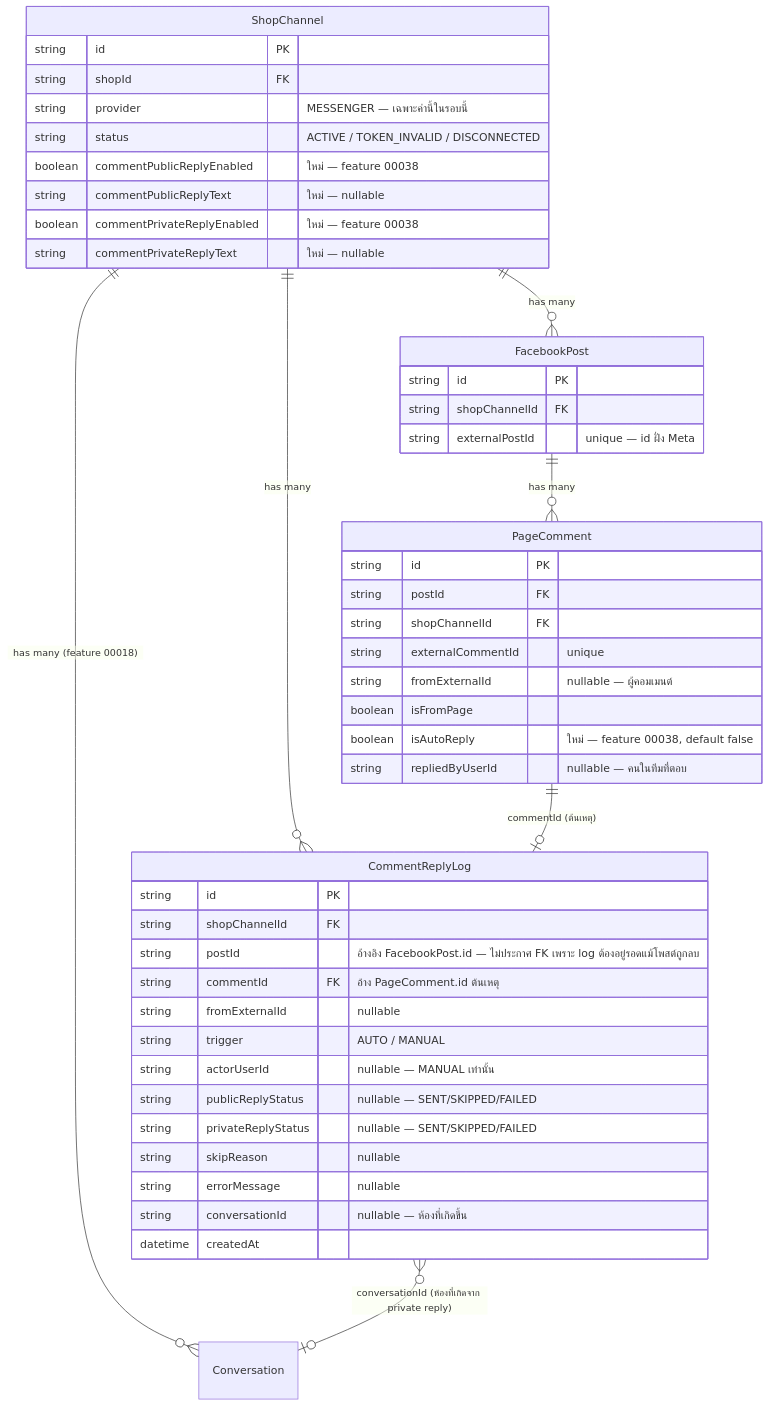
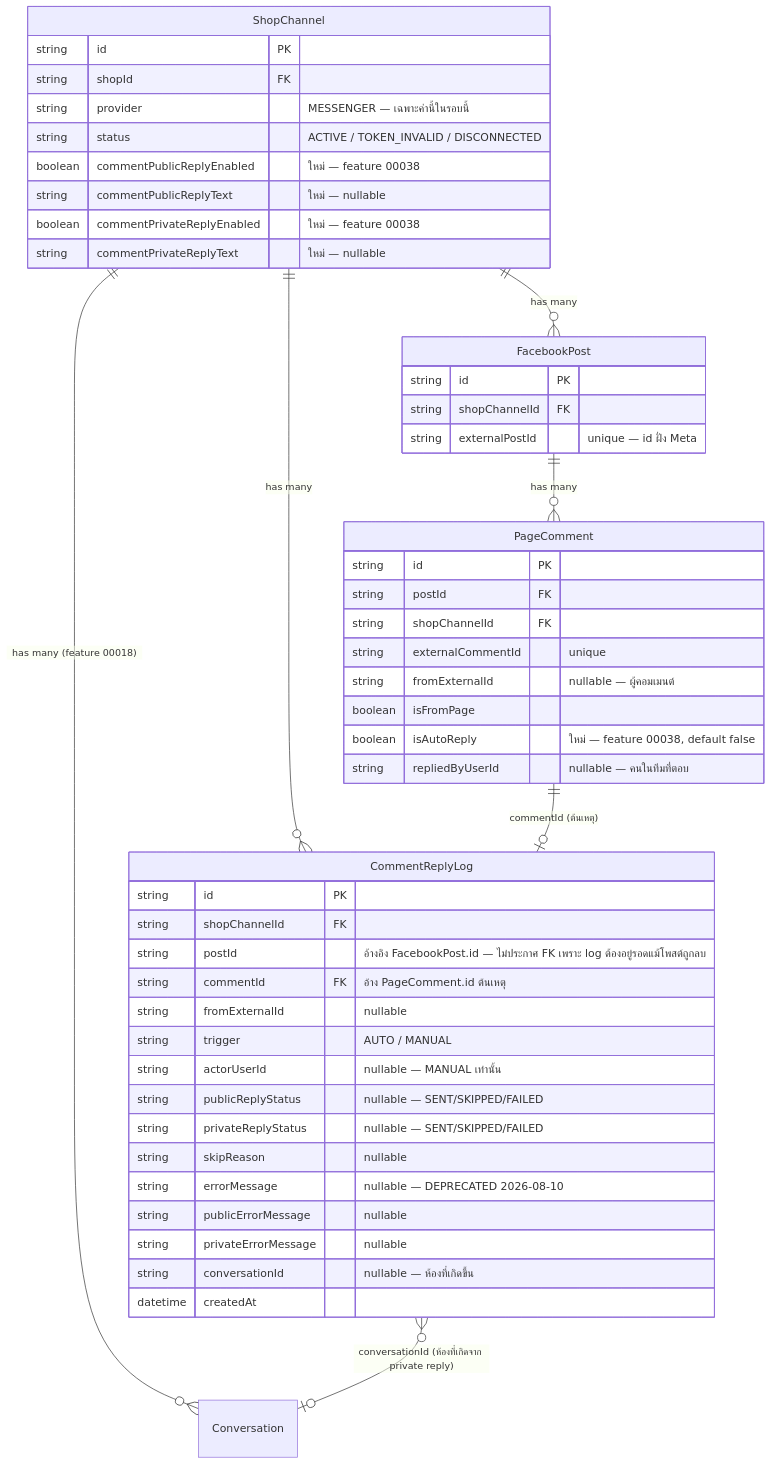
Before and after one commit to CodeCooLTH/deep-web: the diagram in docs/20 - Features/00038 - Comment Auto-Reply/DATABASE.md, drawn with Mermaid. The commit also changed other lines of this file and 3 other files, not shown here.

````diff
--- a/docs/20 - Features/00038 - Comment Auto-Reply/DATABASE.md
+++ b/docs/20 - Features/00038 - Comment Auto-Reply/DATABASE.md
@@ -36,50 +36,52 @@
 ```mermaid
 erDiagram
     ShopChannel ||--o{ FacebookPost : "has many"
     ShopChannel ||--o{ CommentReplyLog : "has many"
     FacebookPost ||--o{ PageComment : "has many"
     PageComment ||--o| CommentReplyLog : "commentId (ต้นเหตุ)"
     ShopChannel ||--o{ Conversation : "has many (feature 00018)"
     CommentReplyLog }o--o| Conversation : "conversationId (ห้องที่เกิดจาก private reply)"
 
     ShopChannel {
         string id PK
         string shopId FK
         string provider "MESSENGER — เฉพาะค่านี้ในรอบนี้"
         string status "ACTIVE / TOKEN_INVALID / DISCONNECTED"
         boolean commentPublicReplyEnabled "ใหม่ — feature 00038"
         string commentPublicReplyText "ใหม่ — nullable"
         boolean commentPrivateReplyEnabled "ใหม่ — feature 00038"
         string commentPrivateReplyText "ใหม่ — nullable"
     }
     FacebookPost {
         string id PK
         string shopChannelId FK
         string externalPostId "unique — id ฝั่ง Meta"
     }
     PageComment {
         string id PK
         string postId FK
         string shopChannelId FK
         string externalCommentId "unique"
         string fromExternalId "nullable — ผู้คอมเมนต์"
         boolean isFromPage
         boolean isAutoReply "ใหม่ — feature 00038, default false"
         string repliedByUserId "nullable — คนในทีมที่ตอบ"
     }
     CommentReplyLog {
         string id PK
         string shopChannelId FK
         string postId "อ้างอิง FacebookPost.id — ไม่ประกาศ FK เพราะ log ต้องอยู่รอดแม้โพสต์ถูกลบ"
         string commentId FK "อ้าง PageComment.id ต้นเหตุ"
         string fromExternalId "nullable"
         string trigger "AUTO / MANUAL"
         string actorUserId "nullable — MANUAL เท่านั้น"
         string publicReplyStatus "nullable — SENT/SKIPPED/FAILED"
         string privateReplyStatus "nullable — SENT/SKIPPED/FAILED"
         string skipReason "nullable"
-        string errorMessage "nullable"
+        string errorMessage "nullable — DEPRECATED 2026-08-10"
+        string publicErrorMessage "nullable"
+        string privateErrorMessage "nullable"
         string conversationId "nullable — ห้องที่เกิดขึ้น"
         datetime createdAt
     }
 ```
````
